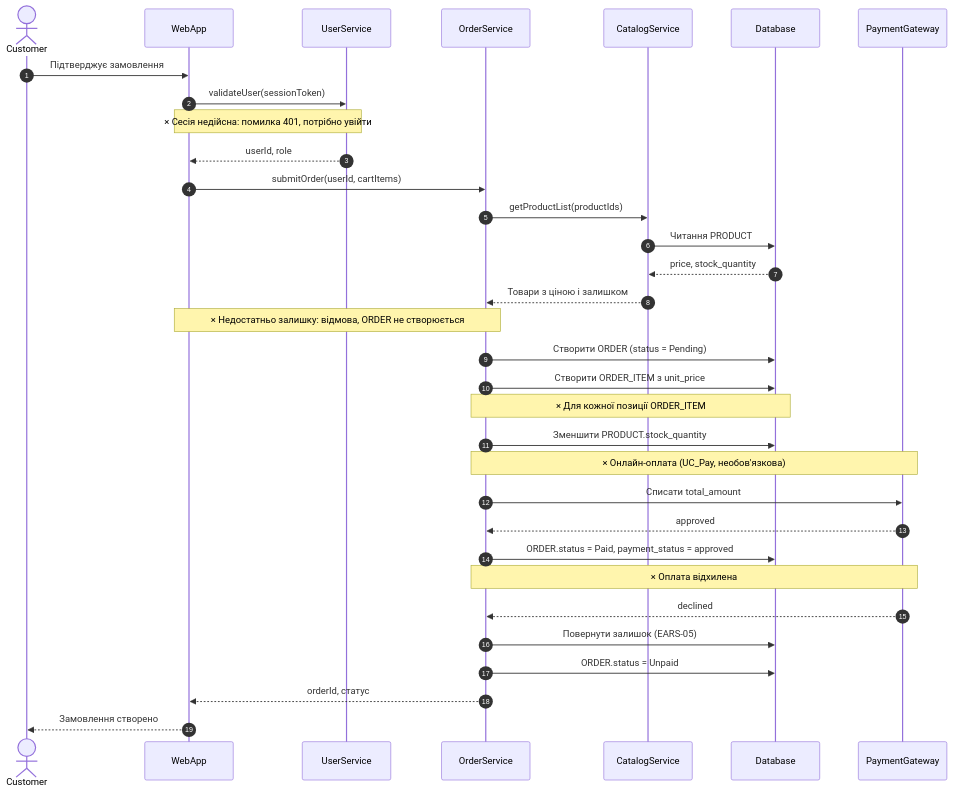
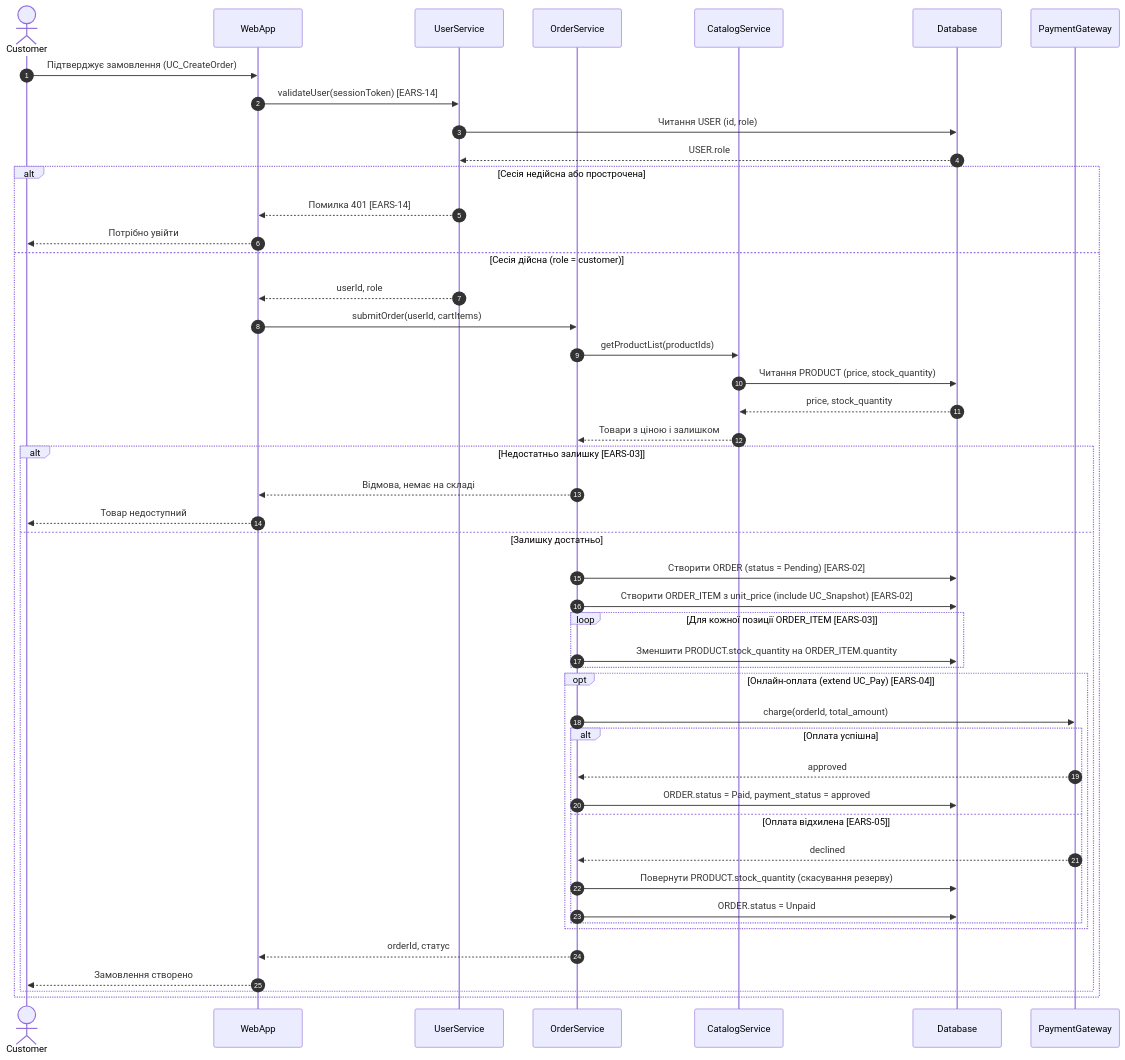
The diagram in task-3/sequence.md (Stefect/Modeling-and-Analysis-of-Software-Requirements), drawn with Mermaid before and after one commit. The commit also changed other lines of this file and 4 other files, not shown here.

Commit message:
Оновив специфікацію та діаграми для оформлення замовлення: відновлено гілки `alt`, `opt`, `loop` у sequence-діаграмі, уточнив критерії в spec.md, додав перевірку сесії та виправив розбіжності у DEFENSE.md.

````diff
--- a/task-3/sequence.md
+++ b/task-3/sequence.md
@@ -7,36 +5,50 @@
 ```mermaid
 sequenceDiagram
     autonumber
     actor Customer
     participant WebApp
     participant UserService
     participant OrderService
     participant CatalogService
     participant Database
     participant PaymentGateway
 
-    Customer->>WebApp: Підтверджує замовлення
-    WebApp->>UserService: validateUser(sessionToken)
-    Note over UserService,WebApp: × Сесія недійсна: помилка 401, потрібно увійти
-    UserService-->>WebApp: userId, role
-    WebApp->>OrderService: submitOrder(userId, cartItems)
-    OrderService->>CatalogService: getProductList(productIds)
-    CatalogService->>Database: Читання PRODUCT
-    Database-->>CatalogService: price, stock_quantity
-    CatalogService-->>OrderService: Товари з ціною і залишком
-    Note over OrderService,WebApp: × Недостатньо залишку: відмова, ORDER не створюється
-    OrderService->>Database: Створити ORDER (status = Pending)
-    OrderService->>Database: Створити ORDER_ITEM з unit_price
-    Note over OrderService,Database: × Для кожної позиції ORDER_ITEM
-    OrderService->>Database: Зменшити PRODUCT.stock_quantity
-    Note over OrderService,PaymentGateway: × Онлайн-оплата (UC_Pay, необов'язкова)
-    OrderService->>PaymentGateway: Списати total_amount
-    PaymentGateway-->>OrderService: approved
-    OrderService->>Database: ORDER.status = Paid, payment_status = approved
-    Note over OrderService,PaymentGateway: × Оплата відхилена
-    PaymentGateway-->>OrderService: declined
-    OrderService->>Database: Повернути залишок (EARS-05)
-    OrderService->>Database: ORDER.status = Unpaid
-    OrderService-->>WebApp: orderId, статус
-    WebApp-->>Customer: Замовлення створено
+    Customer->>WebApp: Підтверджує замовлення (UC_CreateOrder)
+    WebApp->>UserService: validateUser(sessionToken) [EARS-14]
+    UserService->>Database: Читання USER (id, role)
+    Database-->>UserService: USER.role
+    alt Сесія недійсна або прострочена
+        UserService-->>WebApp: Помилка 401 [EARS-14]
+        WebApp-->>Customer: Потрібно увійти
+    else Сесія дійсна (role = customer)
+        UserService-->>WebApp: userId, role
+        WebApp->>OrderService: submitOrder(userId, cartItems)
+        OrderService->>CatalogService: getProductList(productIds)
+        CatalogService->>Database: Читання PRODUCT (price, stock_quantity)
+        Database-->>CatalogService: price, stock_quantity
+        CatalogService-->>OrderService: Товари з ціною і залишком
+        alt Недостатньо залишку [EARS-03]
+            OrderService-->>WebApp: Відмова, немає на складі
+            WebApp-->>Customer: Товар недоступний
+        else Залишку достатньо
+            OrderService->>Database: Створити ORDER (status = Pending) [EARS-02]
+            OrderService->>Database: Створити ORDER_ITEM з unit_price (include UC_Snapshot) [EARS-02]
+            loop Для кожної позиції ORDER_ITEM [EARS-03]
+                OrderService->>Database: Зменшити PRODUCT.stock_quantity на ORDER_ITEM.quantity
+            end
+            opt Онлайн-оплата (extend UC_Pay) [EARS-04]
+                OrderService->>PaymentGateway: charge(orderId, total_amount)
+                alt Оплата успішна
+                    PaymentGateway-->>OrderService: approved
+                    OrderService->>Database: ORDER.status = Paid, payment_status = approved
+                else Оплата відхилена [EARS-05]
+                    PaymentGateway-->>OrderService: declined
+                    OrderService->>Database: Повернути PRODUCT.stock_quantity (скасування резерву)
+                    OrderService->>Database: ORDER.status = Unpaid
+                end
+            end
+            OrderService-->>WebApp: orderId, статус
+            WebApp-->>Customer: Замовлення створено
+        end
+    end
 ```
````
